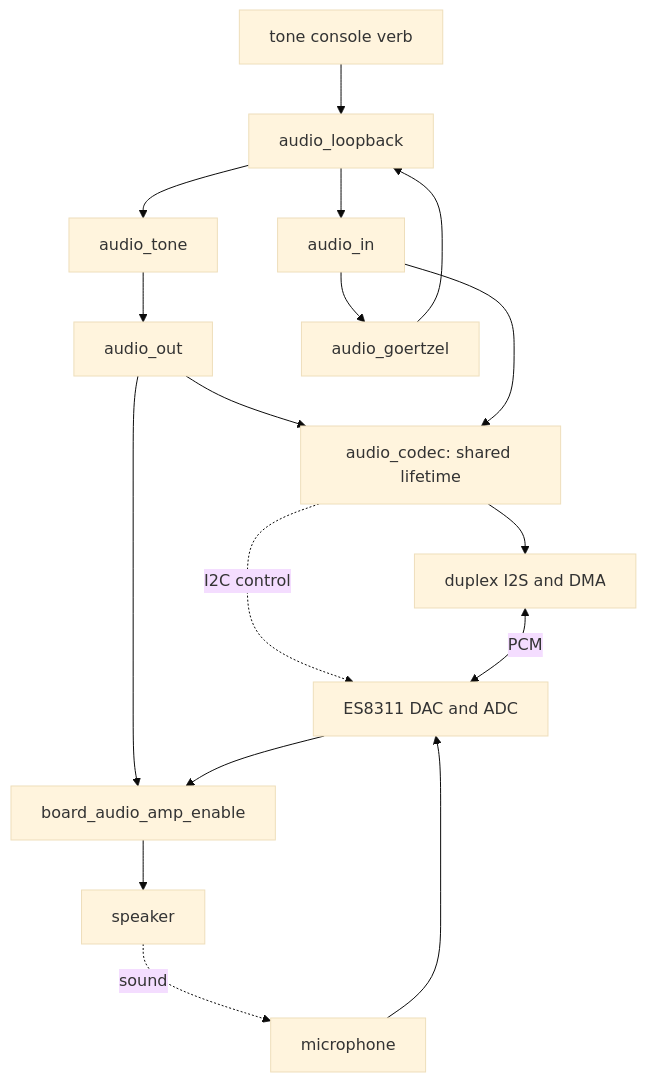
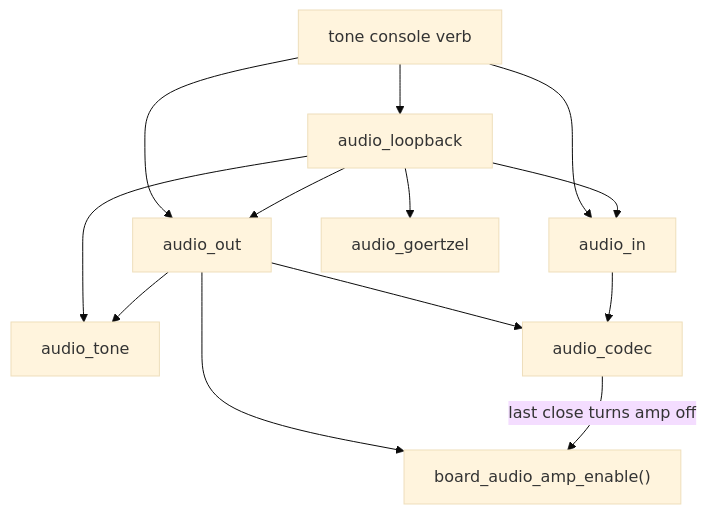
Before and after one commit to jose-villegas/autana: the first of 2 diagrams in docs/notes/Audio.md, drawn with Mermaid (base theme). The commit also changed other lines of this file and 2 other files, not shown here.

Commit message:
audio: correct call and signal documentation

````diff
--- a/docs/notes/Audio.md
+++ b/docs/notes/Audio.md
@@ -15,19 +18,15 @@
 ```mermaid
 flowchart TB
     Verb["tone console verb"] --> Loop["audio_loopback"]
+    Verb --> Out["audio_out"]
+    Verb --> In["audio_in"]
     Loop --> Tone["audio_tone"]
-    Tone --> Out["audio_out"]
-    Loop --> In["audio_in"]
-    In --> Filter["audio_goertzel"]
-    Filter --> Loop
-    Out --> Codec["audio_codec: shared lifetime"]
+    Loop --> Out
+    Loop --> In
+    Loop --> Filter["audio_goertzel"]
+    Out --> Tone
+    Out --> Codec["audio_codec"]
     In --> Codec
-    Codec --> Bus["duplex I2S and DMA"]
-    Codec -. "I2C control" .-> Chip["ES8311 DAC and ADC"]
-    Bus <-->|PCM| Chip
-    Out --> Amp["board_audio_amp_enable"]
-    Chip --> Amp
-    Amp --> Speaker["speaker"]
-    Speaker -. sound .-> Mic["microphone"]
-    Mic --> Chip
+    Out --> Amp["board_audio_amp_enable()"]
+    Codec -->|last close turns amp off| Amp
 ```
````
